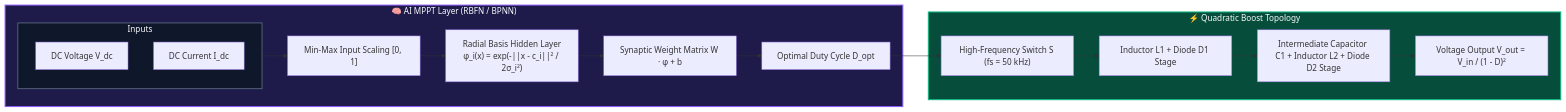
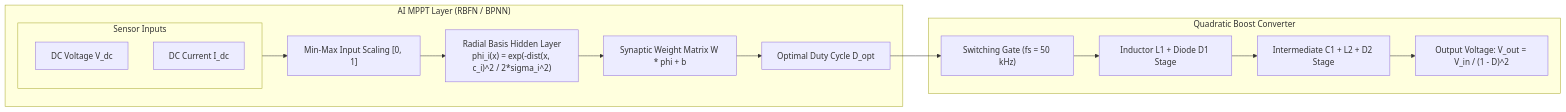
One commit to sepas1609/PMSG_Quantum_Mechanics_Modified_For_MPPT changed the fourth of 4 diagrams in README.md. Above: the diagram before and after it, drawn with Mermaid. The commit also changed other lines of this file, not shown here.

Commit message:
fix(docs): ensure Mermaid flowcharts and LaTeX math render cleanly on GitHub

````diff
--- a/README.md
+++ b/README.md
@@ -231,29 +202,21 @@
 ```mermaid
 graph LR
-    subgraph Inputs["Inputs"]
+    subgraph Inputs["Sensor Inputs"]
         V_dc["DC Voltage V_dc"]
         I_dc["DC Current I_dc"]
     end
 
-    subgraph Neural_Engine["🧠 AI MPPT Layer (RBFN / BPNN)"]
+    subgraph Neural_Engine["AI MPPT Layer (RBFN / BPNN)"]
         Inputs --> Normalization["Min-Max Input Scaling [0, 1]"]
-        Normalization --> RBFN_Layer["Radial Basis Hidden Layer<br/>φ_i(x) = exp(-||x - c_i||² / 2σ_i²)"]
-        RBFN_Layer --> Output_Weights["Synaptic Weight Matrix W · φ + b"]
+        Normalization --> RBFN_Layer["Radial Basis Hidden Layer<br/>phi_i(x) = exp(-dist(x, c_i)^2 / 2*sigma_i^2)"]
+        RBFN_Layer --> Output_Weights["Synaptic Weight Matrix W * phi + b"]
         Output_Weights --> DeNorm["Optimal Duty Cycle D_opt"]
     end
 
-    subgraph Power_Stage["⚡ Quadratic Boost Topology"]
-        DeNorm --> Gate["High-Frequency Switch S (fs = 50 kHz)"]
+    subgraph Power_Stage["Quadratic Boost Converter"]
+        DeNorm --> Gate["Switching Gate (fs = 50 kHz)"]
         Gate --> Stage1["Inductor L1 + Diode D1 Stage"]
-        Stage1 --> Stage2["Intermediate Capacitor C1 + Inductor L2 + Diode D2 Stage"]
-        Stage2 --> HighGainOutput["Voltage Output V_out = V_in / (1 - D)²"]
+        Stage1 --> Stage2["Intermediate C1 + L2 + D2 Stage"]
+        Stage2 --> HighGainOutput["Output Voltage: V_out = V_in / (1 - D)^2"]
     end
-
-    classDef box fill:#0f172a,stroke:#64748b,stroke-width:1.5px,color:#f8fafc;
-    classDef net fill:#1e1b4b,stroke:#8b5cf6,stroke-width:2px,color:#f8fafc;
-    classDef pwr fill:#064e3b,stroke:#10b981,stroke-width:2px,color:#f8fafc;
-
-    class Inputs box;
-    class Neural_Engine net;
-    class Power_Stage pwr;
 ```
````
